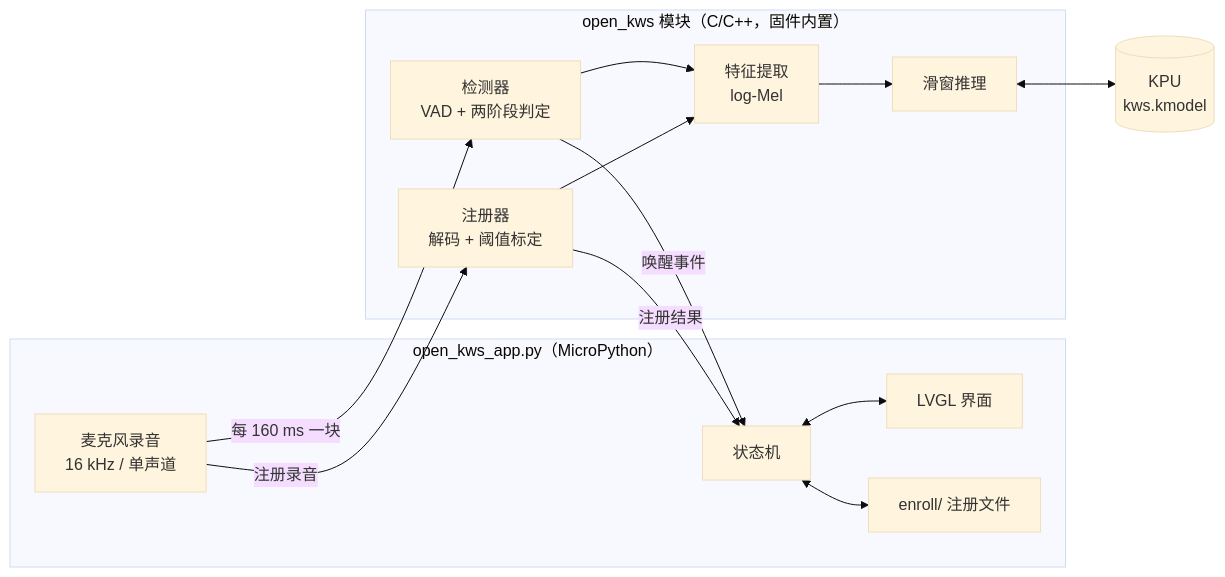
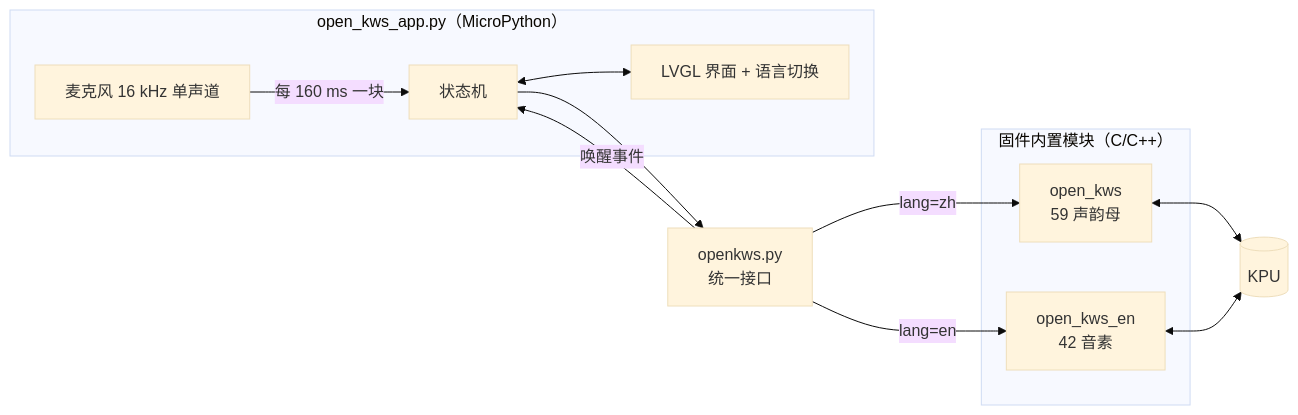
One commit to kendryte/canmv_k230 changed the diagram in resources/examples/31-OPEN-KWS/README.md. Above: the diagram before and after it, drawn with Mermaid (base theme). The commit also changed other lines of this file and 43 other files, not shown here.

````diff
--- a/resources/examples/31-OPEN-KWS/README.md
+++ b/resources/examples/31-OPEN-KWS/README.md
@@ -118,25 +140,20 @@
 ```mermaid
 flowchart LR
     subgraph APP["open_kws_app.py（MicroPython）"]
-        UI["LVGL 界面"]
+        UI["LVGL 界面 + 语言切换"]
         SM["状态机"]
-        MIC["麦克风录音<br/>16 kHz / 单声道"]
-        FS["enroll/ 注册文件"]
+        MIC["麦克风 16 kHz 单声道"]
     end
-    subgraph MOD["open_kws 模块（C/C++，固件内置）"]
-        FE["特征提取<br/>log-Mel"]
-        ENC["滑窗推理"]
-        DET["检测器<br/>VAD + 两阶段判定"]
-        ENR["注册器<br/>解码 + 阈值标定"]
+    FAC["openkws.py<br/>统一接口"]
+    subgraph MOD["固件内置模块（C/C++）"]
+        ZH["open_kws<br/>59 声韵母"]
+        EN["open_kws_en<br/>42 音素"]
     end
-    KPU[("KPU<br/>kws.kmodel")]
-    MIC -- "每 160 ms 一块" --> DET
-    MIC -- "注册录音" --> ENR
-    DET --> FE --> ENC
-    ENR --> FE
-    ENC <--> KPU
-    DET -- "唤醒事件" --> SM
-    ENR -- "注册结果" --> SM
-    SM <--> UI
-    SM <--> FS
+    KPU[("KPU")]
+    MIC -- "每 160 ms 一块" --> SM --> FAC
+    FAC -- "lang=zh" --> ZH
+    FAC -- "lang=en" --> EN
+    ZH <--> KPU
+    EN <--> KPU
+    FAC -- "唤醒事件" --> SM <--> UI
 ```
````
